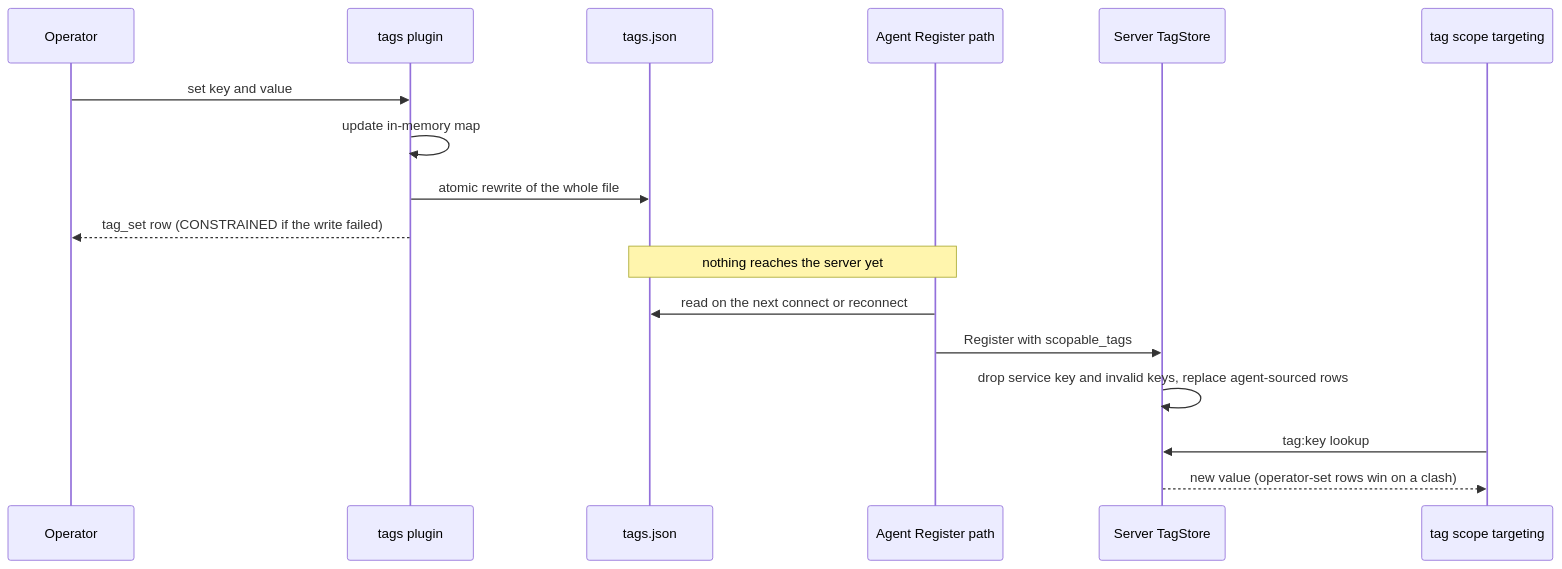
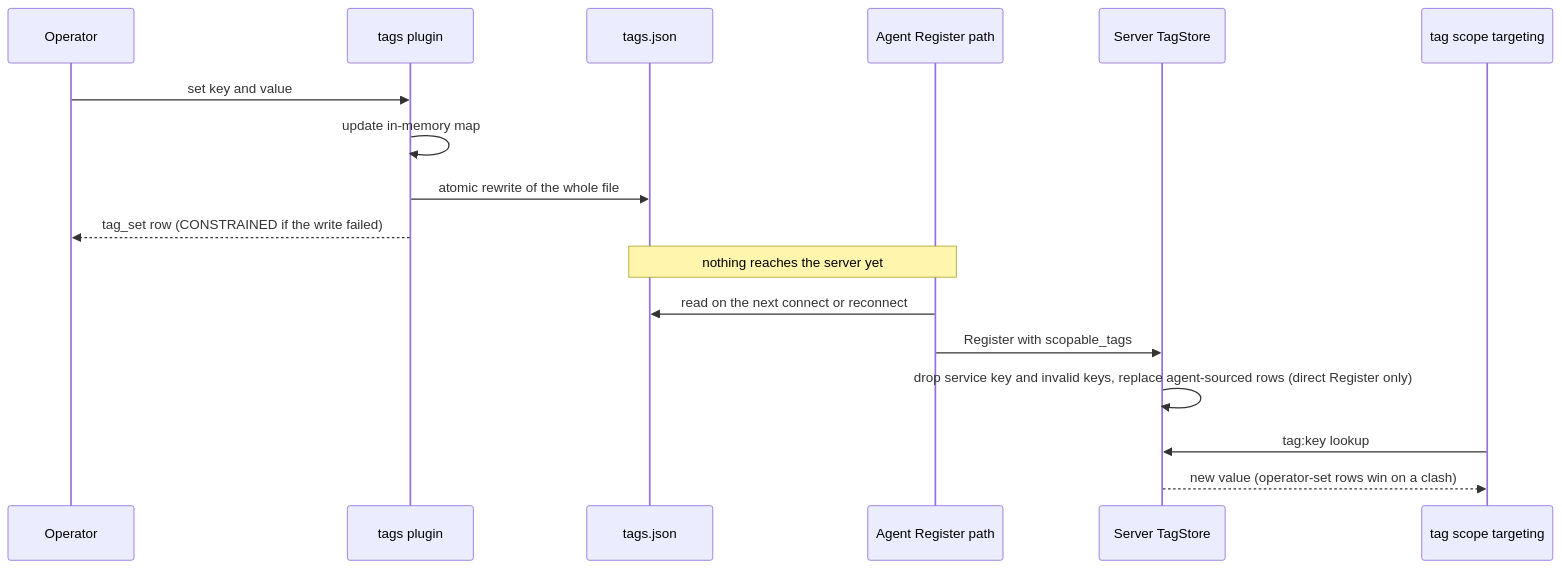
Before and after one commit to DevNullLtd/Yuzu: the second of 2 diagrams in agents/plugins/tags/README.md, drawn with Mermaid. The commit also changed other lines of this file and 69 other files, not shown here.

````diff
--- a/agents/plugins/tags/README.md
+++ b/agents/plugins/tags/README.md
@@ -50,19 +50,19 @@
 ```mermaid
 sequenceDiagram
   participant Op as Operator
   participant Pl as tags plugin
   participant F as tags.json
   participant Ag as Agent Register path
   participant TS as Server TagStore
   participant Sc as tag scope targeting
   Op->>Pl: set key and value
   Pl->>Pl: update in-memory map
   Pl->>F: atomic rewrite of the whole file
   Pl-->>Op: tag_set row (CONSTRAINED if the write failed)
   Note over F,Ag: nothing reaches the server yet
   Ag->>F: read on the next connect or reconnect
   Ag->>TS: Register with scopable_tags
-  TS->>TS: drop service key and invalid keys, replace agent-sourced rows
+  TS->>TS: drop service key and invalid keys, replace agent-sourced rows (direct Register only)
   Sc->>TS: tag:key lookup
   TS-->>Sc: new value (operator-set rows win on a clash)
 ```
````
